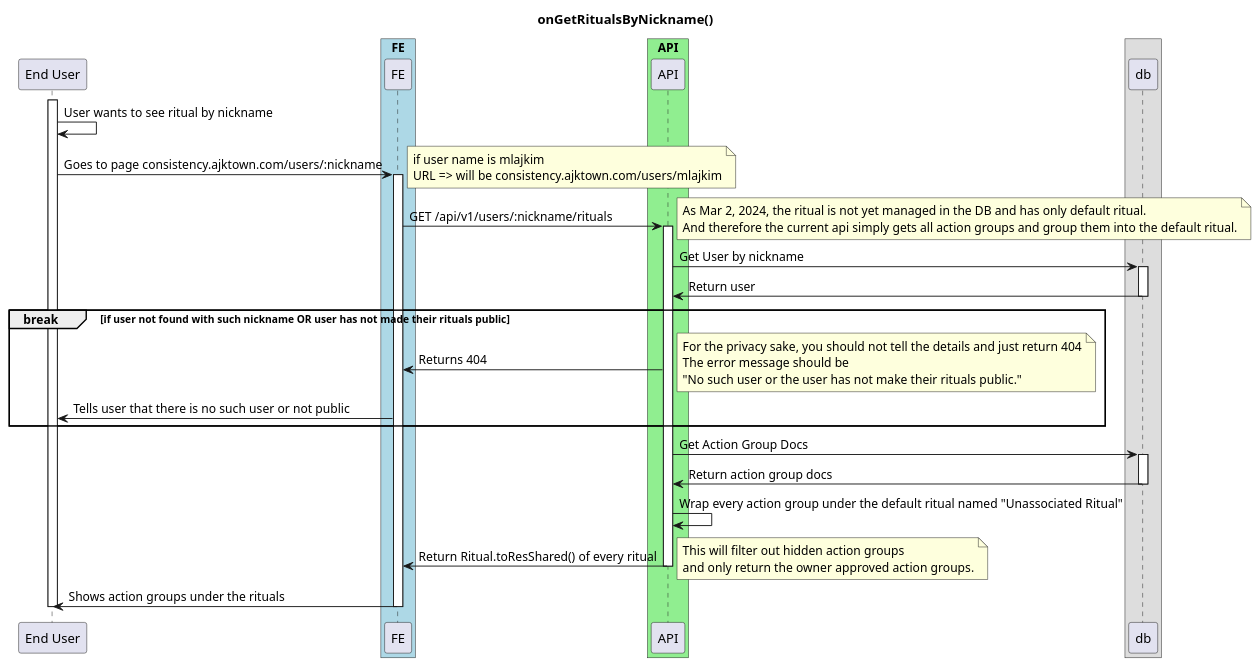
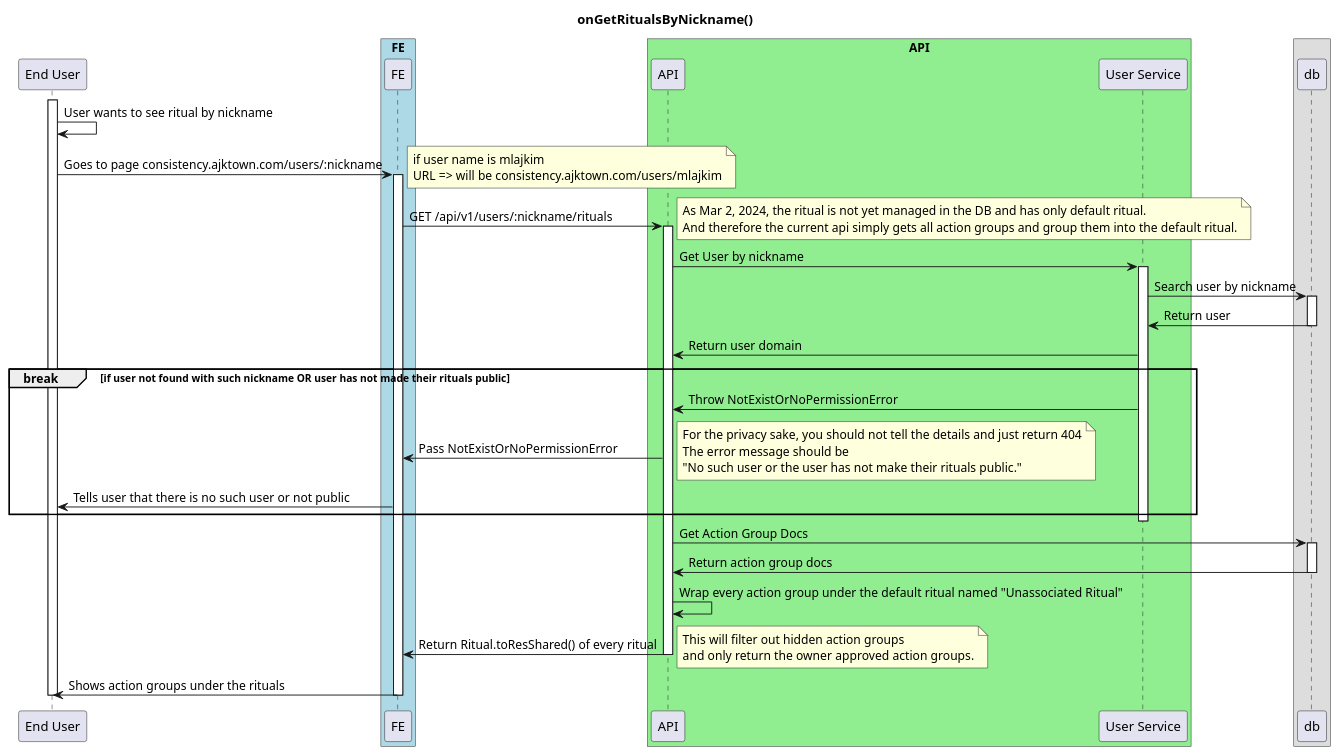
Before and after one commit to ajktown/docs: the diagram in dev_consistency/diagrams/on-get-rituals-by-nickname.md, drawn with PlantUML.

Commit message:
doc: user service

````diff
--- a/dev_consistency/diagrams/on-get-rituals-by-nickname.md
+++ b/dev_consistency/diagrams/on-get-rituals-by-nickname.md
@@ -15,57 +15,63 @@
 ```plantuml
 
 @startuml
 
 title onGetRitualsByNickname()
 
 participant "End User" as user
 
 box "FE" #Lightblue
   participant "FE" as fe
 box
 box "API" #Lightgreen
   participant "API" as api
+  participant "User Service" as user_service
 box
 
 activate user
   user -> user: User wants to see ritual by nickname
   user -> fe: Goes to page consistency.ajktown.com/users/:nickname
   note right
     if user name is mlajkim
     URL => will be consistency.ajktown.com/users/mlajkim
   end note
   activate fe
     fe -> api: GET /api/v1/users/:nickname/rituals
     activate api
       note right
         As Mar 2, 2024, the ritual is not yet managed in the DB and has only default ritual.
         And therefore the current api simply gets all action groups and group them into the default ritual.
       end note
-      api -> db: Get User by nickname
-      activate db
-        api <- db: Return user
-      deactivate db
-      break if user not found with such nickname OR user has not made their rituals public
-        fe <- api: Returns 404
-        note right
-          For the privacy sake, you should not tell the details and just return 404
-          The error message should be
-          "No such user or the user has not make their rituals public."
-        end note
-        user <- fe: Tells user that there is no such user or not public
-      end break
+      api -> user_service: Get User by nickname
+      activate user_service
+        user_service -> db: Search user by nickname
+        activate db
+          user_service <- db : Return user
+        deactivate db
+        api <- user_service: Return user domain
+        break if user not found with such nickname OR user has not made their rituals public
+          api <- user_service: Throw NotExistOrNoPermissionError
+          fe <- api: Pass NotExistOrNoPermissionError
+          note right
+            For the privacy sake, you should not tell the details and just return 404
+            The error message should be
+            "No such user or the user has not make their rituals public."
+          end note
+          user <- fe: Tells user that there is no such user or not public
+        end break
+      deactivate user_service
       api -> db: Get Action Group Docs
       activate db
         api <- db: Return action group docs
       deactivate db
       api -> api: Wrap every action group under the default ritual named "Unassociated Ritual"
       fe <- api: Return Ritual.toResShared() of every ritual
       note right
         This will filter out hidden action groups
         and only return the owner approved action groups.
       end note
     deactivate api
     user <- fe: Shows action groups under the rituals
   deactivate fe
 deactivate user
 ```
````
